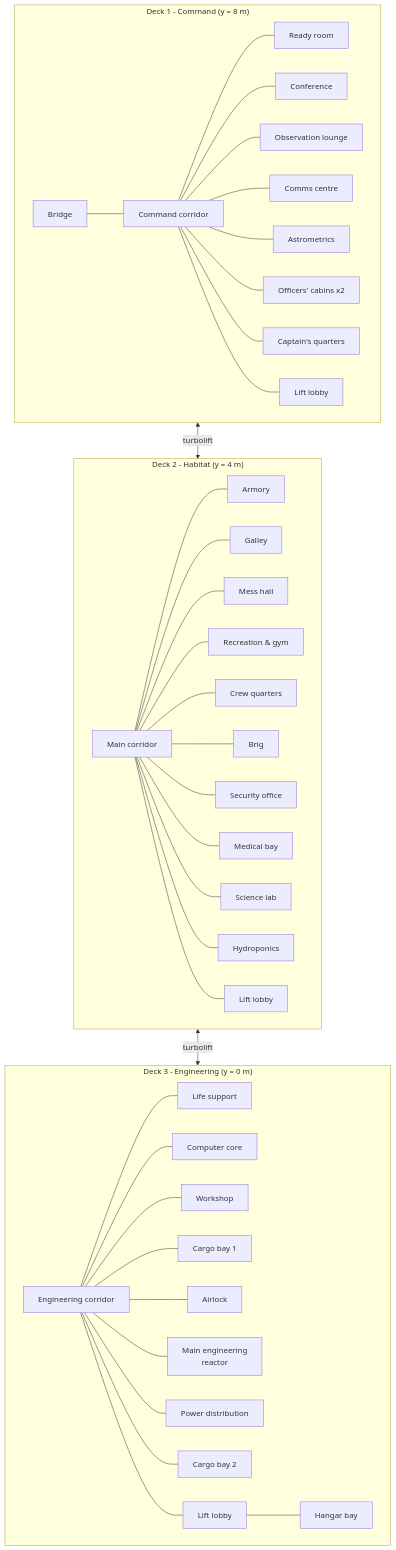
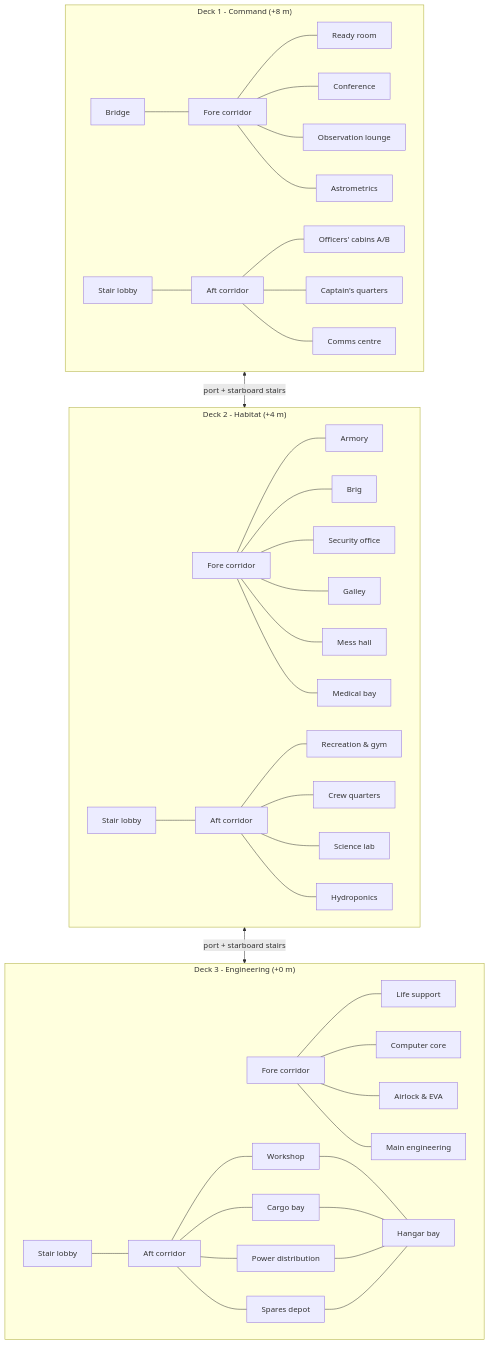
One commit to jgyy/starshipgo changed the first of 3 diagrams in README.md. Above: the diagram before and after it, drawn with Mermaid. The commit also changed other lines of this file and 347 other files, not shown here.

````diff
--- a/README.md
+++ b/README.md
@@ -91,22 +53,20 @@
 ```mermaid
 flowchart TB
-    subgraph D1["Deck 1 - Command (y = 8 m)"]
+    subgraph D1["Deck 1 - Command (+8 m)"]
         direction LR
-        BR[Bridge] --- CC1[Command corridor]
-        CC1 --- RR[Ready room] & CF[Conference] & OL[Observation lounge] & CM[Comms centre] & AS[Astrometrics] & OQ[Officers' cabins x2] & CQ[Captain's quarters]
-        CC1 --- LB1[Lift lobby]
+        BR[Bridge] --- CF1[Fore corridor]
+        CF1 --- RR[Ready room] & CR[Conference] & OL[Observation lounge] & AM[Astrometrics]
+        LB1[Stair lobby] --- CA1[Aft corridor] --- OA[Officers' cabins A/B] & CQ[Captain's quarters] & CC[Comms centre]
     end
-    subgraph D2["Deck 2 - Habitat (y = 4 m)"]
+    subgraph D2["Deck 2 - Habitat (+4 m)"]
         direction LR
-        CC2[Main corridor] --- AR[Armory] & GA[Galley] & MH[Mess hall] & RG[Recreation & gym] & CQR[Crew quarters]
-        CC2 --- BG[Brig] & SO[Security office] & MB[Medical bay] & SL[Science lab] & HY[Hydroponics]
-        CC2 --- LB2[Lift lobby]
+        CF2[Fore corridor] --- AR[Armory] & BG[Brig] & SO[Security office] & GA[Galley] & MH[Mess hall] & MB[Medical bay]
+        LB2[Stair lobby] --- CA2[Aft corridor] --- RG[Recreation & gym] & CW[Crew quarters] & SL[Science lab] & HY[Hydroponics]
     end
-    subgraph D3["Deck 3 - Engineering (y = 0 m)"]
+    subgraph D3["Deck 3 - Engineering (+0 m)"]
         direction LR
-        CC3[Engineering corridor] --- LS[Life support] & CO[Computer core] & WS[Workshop] & CA[Cargo bay 1]
-        CC3 --- AL[Airlock] & ME[Main engineering<br/>reactor] & PD[Power distribution] & CB[Cargo bay 2]
-        CC3 --- LB3[Lift lobby] --- HG[Hangar bay]
+        CF3[Fore corridor] --- LS[Life support] & CO[Computer core] & AL[Airlock & EVA] & ME[Main engineering]
+        LB3[Stair lobby] --- CA3[Aft corridor] --- WS[Workshop] & CB[Cargo bay] & PD[Power distribution] & SD[Spares depot] --- HB[Hangar bay]
     end
-    LB1 <-->|turbolift| LB2 <-->|turbolift| LB3
+    LB1 <-->|port + starboard stairs| LB2 <-->|port + starboard stairs| LB3
 ```
````
